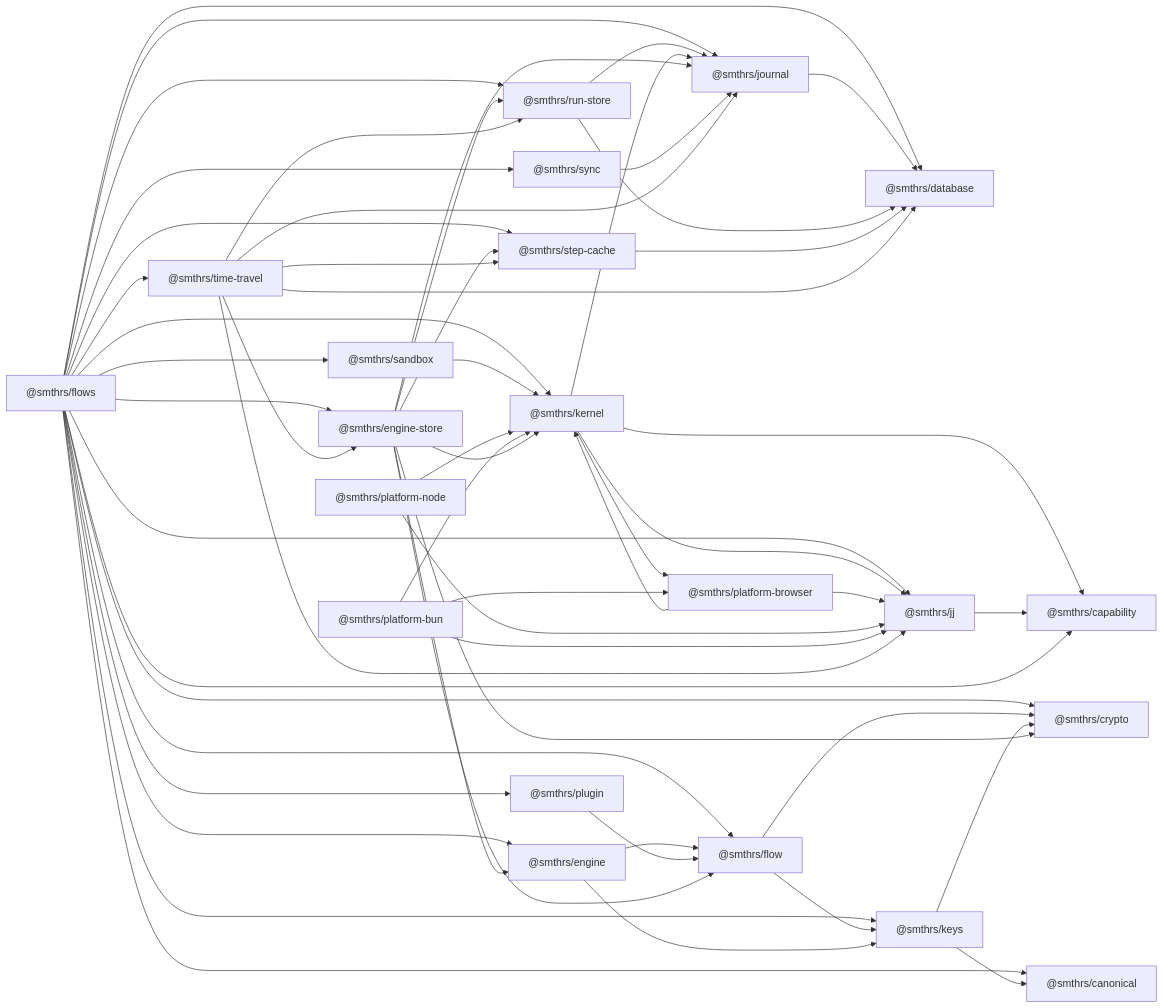
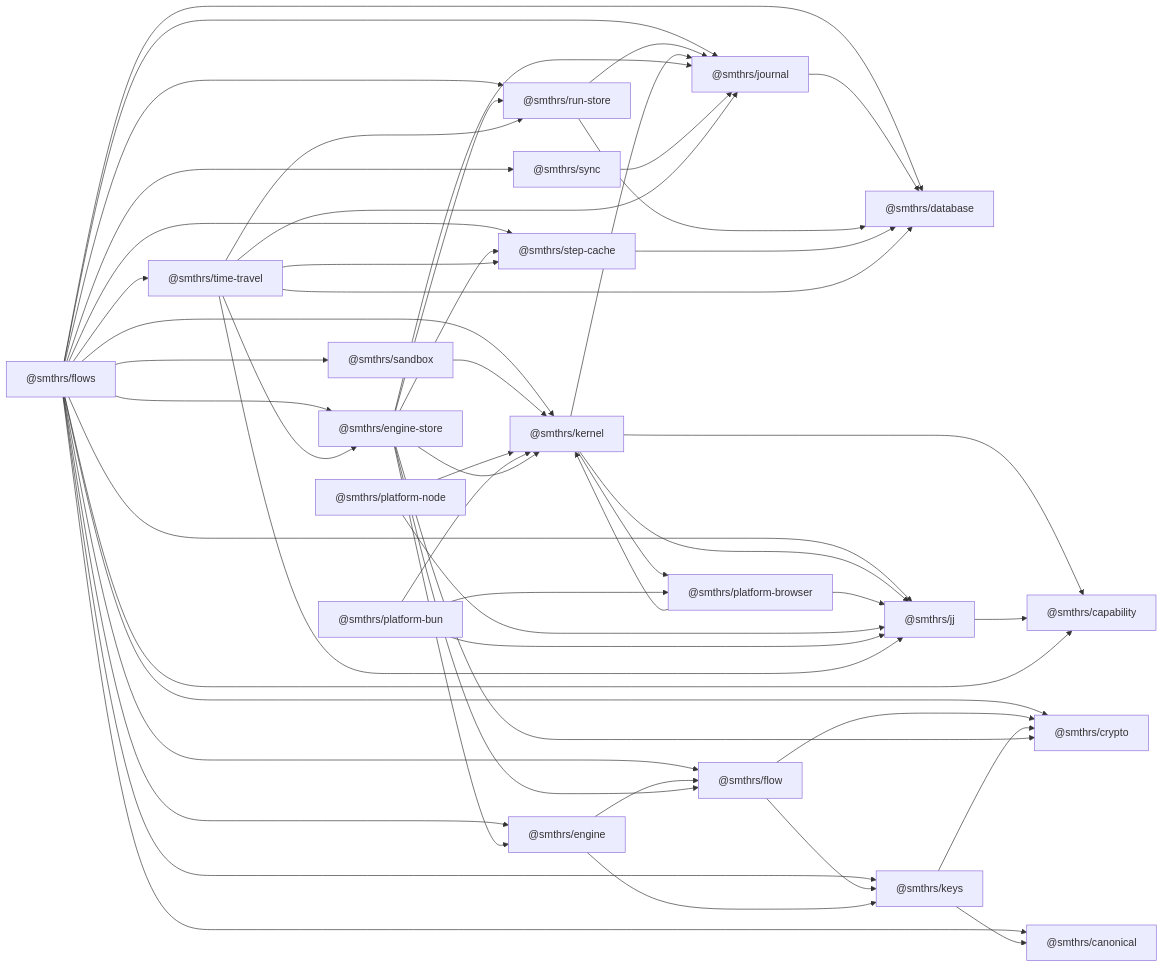
The diagram in docs/pages/package-structure.md (smithersai/flows), drawn with Mermaid before and after one commit. The commit also changed other lines of this file and 20 other files, not shown here.

````diff
--- a/docs/pages/package-structure.md
+++ b/docs/pages/package-structure.md
@@ -55,81 +54,78 @@
 ```mermaid
 flowchart LR
   FLOWS["@smthrs/flows"]
   TT["@smthrs/time-travel"]
   ES["@smthrs/engine-store"]
   SYNC["@smthrs/sync"]
   KERNEL["@smthrs/kernel"]
   FLOW["@smthrs/flow"]
   ENGINE["@smthrs/engine"]
   JOURNAL["@smthrs/journal"]
   RUNSTORE["@smthrs/run-store"]
   STEPCACHE["@smthrs/step-cache"]
   DB["@smthrs/database"]
   JJ["@smthrs/jj"]
   SANDBOX["@smthrs/sandbox"]
   PB["@smthrs/platform-browser"]
   PN["@smthrs/platform-node"]
   PBUN["@smthrs/platform-bun"]
   KEYS["@smthrs/keys"]
   CRYPTO["@smthrs/crypto"]
   CANONICAL["@smthrs/canonical"]
-  PLUGIN["@smthrs/plugin"]
   CAP["@smthrs/capability"]
 
   KERNEL --> CAP
   JJ --> CAP
   FLOWS --> CAP
 
   FLOWS --> JJ
   FLOWS --> SANDBOX
   FLOWS --> DB
   FLOWS --> JOURNAL
   FLOWS --> RUNSTORE
   FLOWS --> STEPCACHE
   FLOWS --> KERNEL
   FLOWS --> KEYS
   FLOWS --> CRYPTO
   FLOWS --> CANONICAL
   FLOWS --> FLOW
   FLOWS --> ENGINE
   FLOWS --> ES
-  FLOWS --> PLUGIN
   FLOWS --> SYNC
   FLOWS --> TT
   JOURNAL --> DB
   RUNSTORE --> DB
   RUNSTORE --> JOURNAL
   STEPCACHE --> DB
   SANDBOX --> KERNEL
   KERNEL --> JJ
   KERNEL --> PB
   KERNEL --> JOURNAL
   PB --> KERNEL
   PB --> JJ
   PN --> KERNEL
   PN --> JJ
   PBUN --> KERNEL
   PBUN --> JJ
   PBUN --> PB
   FLOW --> KEYS
   FLOW --> CRYPTO
   ENGINE --> FLOW
   ENGINE --> KEYS
-  PLUGIN --> FLOW
   KEYS --> CANONICAL
   KEYS --> CRYPTO
   ES --> FLOW
   ES --> ENGINE
   ES --> CRYPTO
   ES --> JOURNAL
   ES --> RUNSTORE
   ES --> STEPCACHE
   ES --> KERNEL
   SYNC --> JOURNAL
   TT --> DB
   TT --> ES
   TT --> JJ
   TT --> JOURNAL
   TT --> RUNSTORE
   TT --> STEPCACHE
 ```
````
